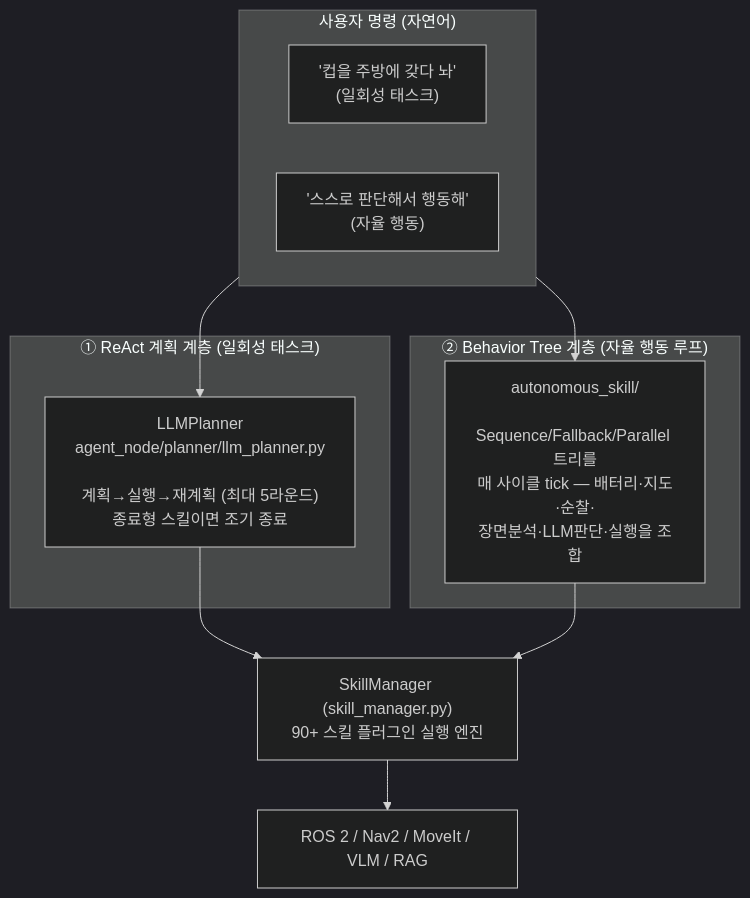
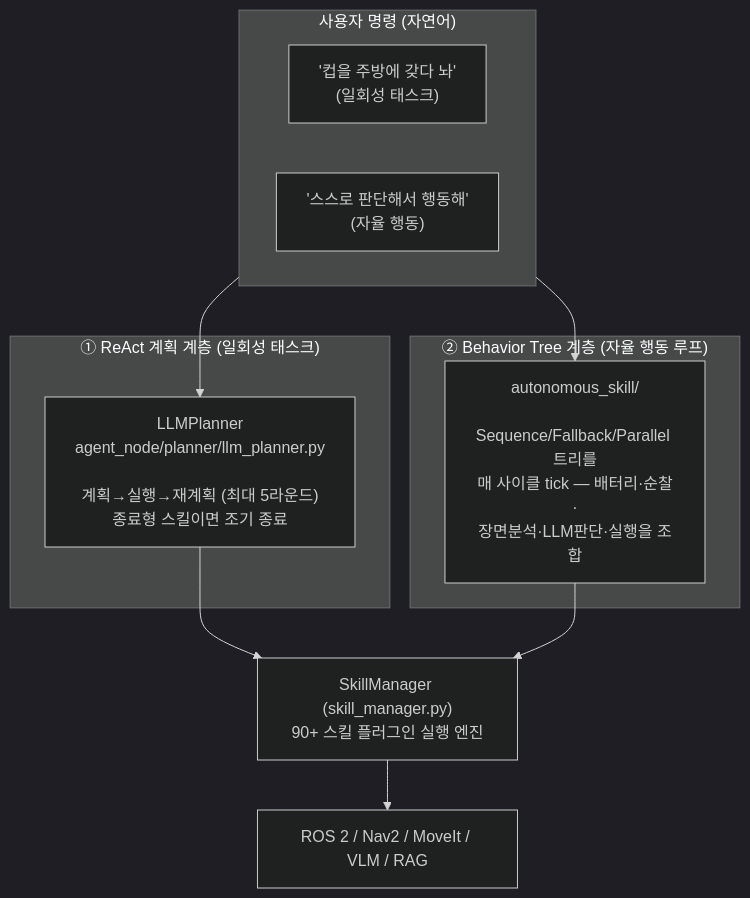
One commit to Open-Edge-Robotics/A.RobotAI-Robot-RoboClaw changed the first of 2 diagrams in docs/behavior-tree/README.md. Above: the diagram before and after it, drawn with Mermaid (dark theme). The commit also changed other lines of this file and 7 other files, not shown here.

````diff
--- a/docs/behavior-tree/README.md
+++ b/docs/behavior-tree/README.md
@@ -28,24 +28,24 @@
 ```mermaid
 flowchart TB
     subgraph U["사용자 명령 (자연어)"]
         direction LR
         cmd1["'컵을 주방에 갖다 놔'\n(일회성 태스크)"]
         cmd2["'스스로 판단해서 행동해'\n(자율 행동)"]
     end
 
     cmd1 --> ReAct
     cmd2 --> BT
 
     subgraph L1["① ReAct 계획 계층 (일회성 태스크)"]
         ReAct["LLMPlanner\nagent_node/planner/llm_planner.py\n\n계획→실행→재계획 (최대 5라운드)\n종료형 스킬이면 조기 종료"]
     end
 
     subgraph L2["② Behavior Tree 계층 (자율 행동 루프)"]
-        BT["autonomous_skill/\n\nSequence/Fallback/Parallel 트리를\n매 사이클 tick — 배터리·지도·순찰·\n장면분석·LLM판단·실행을 조합"]
+        BT["autonomous_skill/\n\nSequence/Fallback/Parallel 트리를\n매 사이클 tick — 배터리·순찰·\n장면분석·LLM판단·실행을 조합"]
     end
 
     ReAct --> SM
     BT --> SM
     SM["SkillManager (skill_manager.py)\n90+ 스킬 플러그인 실행 엔진"]
     SM --> ROS["ROS 2 / Nav2 / MoveIt / VLM / RAG"]
 ```
````
